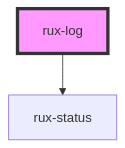
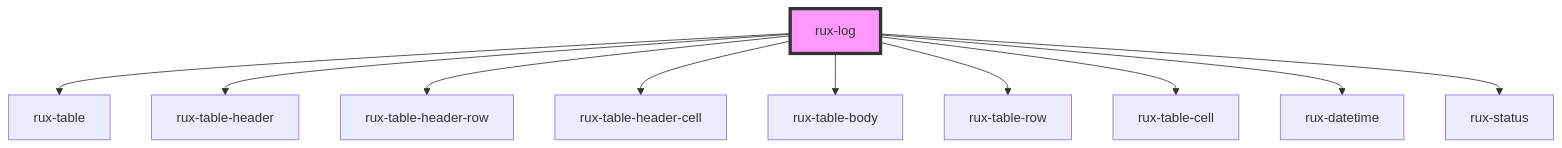
One commit to RocketCommunicationsInc/astro changed the diagram in packages/astro-components-stencil/src/components/rux-log/readme.md. Above: the diagram before and after it, drawn with Mermaid. The commit also changed other lines of this file and 49 other files, not shown here.

````diff
--- a/packages/astro-components-stencil/src/components/rux-log/readme.md
+++ b/packages/astro-components-stencil/src/components/rux-log/readme.md
@@ -109,5 +120,13 @@
 ```mermaid
 graph TD;
+  rux-log --> rux-table
+  rux-log --> rux-table-header
+  rux-log --> rux-table-header-row
+  rux-log --> rux-table-header-cell
+  rux-log --> rux-table-body
+  rux-log --> rux-table-row
+  rux-log --> rux-table-cell
+  rux-log --> rux-datetime
   rux-log --> rux-status
   style rux-log fill:#f9f,stroke:#333,stroke-width:4px
 ```
````
